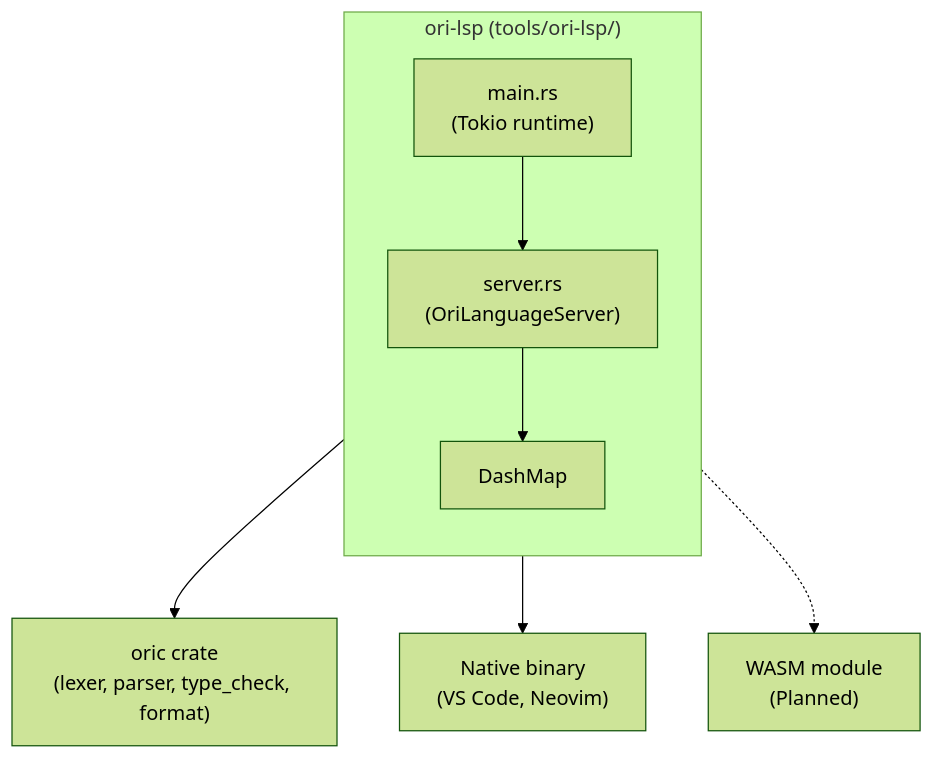
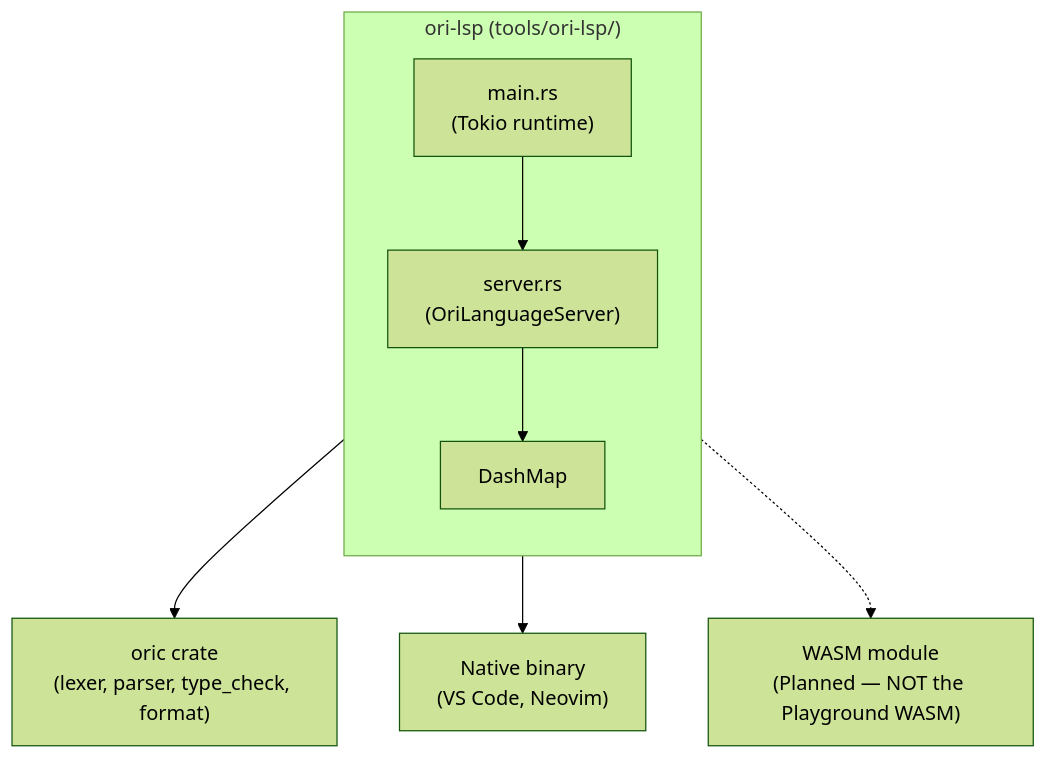
Before and after one commit to upstat-io/ori-lang: the diagram in docs/tooling/lsp/design/index.md, drawn with Mermaid (forest theme). The commit also changed other lines of this file and 95 other files, not shown here.

````diff
--- a/docs/tooling/lsp/design/index.md
+++ b/docs/tooling/lsp/design/index.md
@@ -59,17 +58,17 @@
 ```mermaid
 flowchart TD
     subgraph LSP["ori-lsp (tools/ori-lsp/)"]
         direction TB
         Main["main.rs<br/>(Tokio runtime)"]
         Server["server.rs<br/>(OriLanguageServer)"]
         Docs["DashMap<Url, Document>"]
 
         Main --> Server
         Server --> Docs
     end
 
     Server --> oric["oric crate<br/>(lexer, parser, type_check, format)"]
 
     LSP --> Native["Native binary<br/>(VS Code, Neovim)"]
-    LSP -.-> WASM["WASM module<br/>(Planned)"]
+    LSP -.-> WASM["WASM module<br/>(Planned — NOT the Playground WASM)"]
 ```
````
